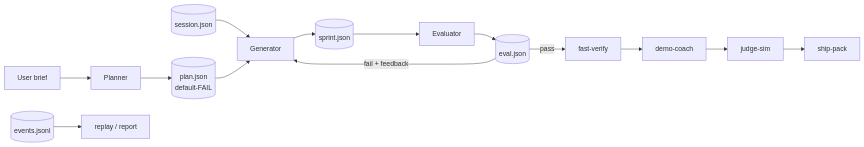
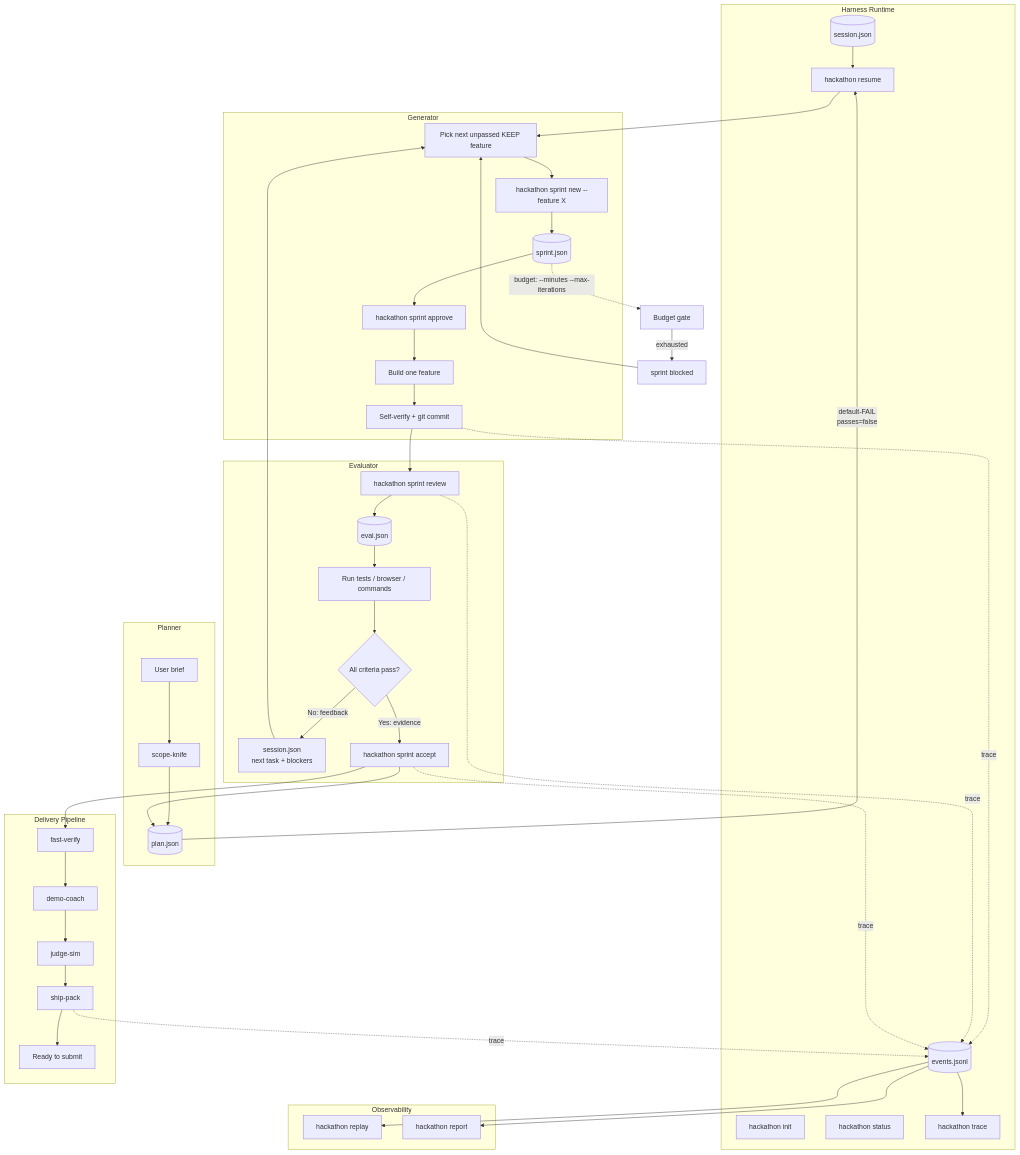
Before and after one commit to MAGA2010/hackathon-run: the diagram in README.md, drawn with Mermaid. The commit also changed other lines of this file, not shown here.

Commit message:
docs: expand agent runtime flowchart and command map

````diff
--- a/README.md
+++ b/README.md
@@ -80,16 +80,60 @@
 ```mermaid
-flowchart LR
-  Brief[User brief] --> Planner[Planner]
-  Planner --> Plan[(plan.json\ndefault-FAIL)]
-  Session[(session.json)] --> Generator[Generator]
-  Plan --> Generator
-  Generator --> Sprint[(sprint.json)]
-  Sprint --> Evaluator[Evaluator]
-  Evaluator --> Eval[(eval.json)]
-  Eval -->|fail + feedback| Generator
-  Eval -->|pass| Verify[fast-verify]
-  Verify --> Demo[demo-coach]
-  Demo --> Judge[judge-sim]
-  Judge --> Ship[ship-pack]
-  Trace[(events.jsonl)] --> Replay[replay / report]
+flowchart TD
+  subgraph Runtime["Harness Runtime"]
+    Init["hackathon init"]
+    Session[("session.json")]
+    Resume["hackathon resume"]
+    Status["hackathon status"]
+    Trace[("events.jsonl")]
+    TraceCLI["hackathon trace"]
+  end
+
+  subgraph Planner["Planner"]
+    Brief["User brief"] --> Scope["scope-knife"]
+    Scope --> Plan[("plan.json")]
+    Plan -->|"default-FAIL\npasses=false"| Resume
+  end
+
+  subgraph Generator["Generator"]
+    Session --> Resume
+    Resume --> Pick["Pick next unpassed KEEP feature"]
+    Pick --> NewSprint["hackathon sprint new --feature X"]
+    NewSprint --> Sprint[("sprint.json")]
+    Sprint --> Approve["hackathon sprint approve"]
+    Approve --> Build["Build one feature"]
+    Build --> Commit["Self-verify + git commit"]
+  end
+
+  subgraph Evaluator["Evaluator"]
+    Commit --> Review["hackathon sprint review"]
+    Review --> Eval[("eval.json")]
+    Eval --> Run["Run tests / browser / commands"]
+    Run --> Verdict{"All criteria pass?"}
+    Verdict -->|"No: feedback"| Feedback["session.json\nnext task + blockers"]
+    Feedback --> Pick
+    Verdict -->|"Yes: evidence"| Accept["hackathon sprint accept"]
+    Accept --> Plan
+  end
+
+  subgraph Delivery["Delivery Pipeline"]
+    Accept --> Verify["fast-verify"]
+    Verify --> Demo["demo-coach"]
+    Demo --> Judge["judge-sim"]
+    Judge --> Ship["ship-pack"]
+    Ship --> Ready["Ready to submit"]
+  end
+
+  subgraph Observability["Observability"]
+    Trace --> TraceCLI
+    Trace --> Replay["hackathon replay"]
+    Trace --> Report["hackathon report"]
+  end
+
+  Commit -. "trace" .-> Trace
+  Review -. "trace" .-> Trace
+  Accept -. "trace" .-> Trace
+  Ship -. "trace" .-> Trace
+  Sprint -. "budget: --minutes --max-iterations" .-> Budget["Budget gate"]
+  Budget -->|"exhausted"| Blocked["sprint blocked"]
+  Blocked --> Pick
 ```
````
